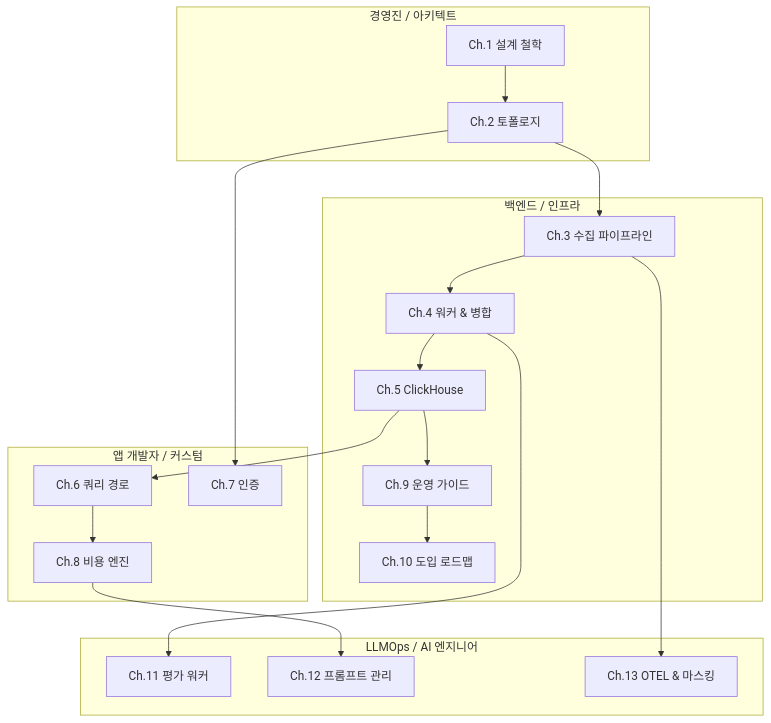
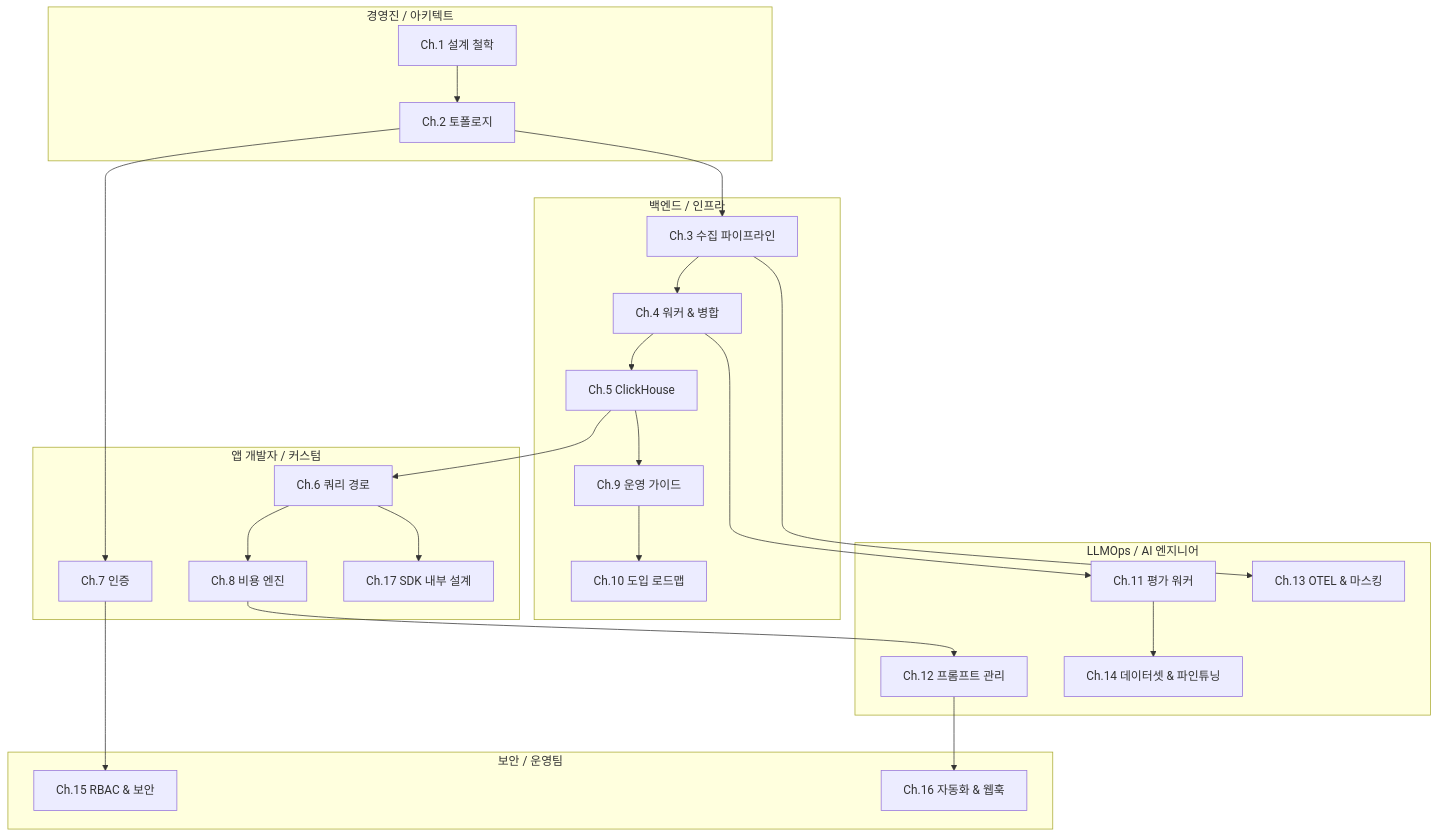
Before and after one commit to dhs-shine/langfuse: the diagram in docs/WHITEPAPER.md, drawn with Mermaid. The commit also changed other lines of this file and 5 other files, not shown here.

Commit message:
docs: add whitepaper chapters on datasets, security, automations, and SDK architecture with updates to ingestion and master index

````diff
--- a/docs/WHITEPAPER.md
+++ b/docs/WHITEPAPER.md
@@ -44,37 +52,48 @@
 ```mermaid
 flowchart TD
     subgraph Executive["경영진 / 아키텍트"]
         E1["Ch.1 설계 철학"]
         E2["Ch.2 토폴로지"]
     end
 
     subgraph Backend["백엔드 / 인프라"]
         B1["Ch.3 수집 파이프라인"]
         B2["Ch.4 워커 & 병합"]
         B3["Ch.5 ClickHouse"]
         O1["Ch.9 운영 가이드"]
         O2["Ch.10 도입 로드맵"]
     end
 
     subgraph LLMOps["LLMOps / AI 엔지니어"]
         L1["Ch.11 평가 워커"]
         L2["Ch.12 프롬프트 관리"]
         L3["Ch.13 OTEL & 마스킹"]
+        V3_1["Ch.14 데이터셋 & 파인튜닝"]
     end
 
     subgraph AppDev["앱 개발자 / 커스텀"]
         F1["Ch.6 쿼리 경로"]
         F2["Ch.7 인증"]
         F3["Ch.8 비용 엔진"]
+        V3_4["Ch.17 SDK 내부 설계"]
+    end
+
+    subgraph Security["보안 / 운영팀"]
+        S1["Ch.15 RBAC & 보안"]
+        S2["Ch.16 자동화 & 웹훅"]
     end
 
     E1 --> E2
     E2 --> B1
     E2 --> F2
     B1 --> B2 --> B3 --> F1
     B3 --> O1 --> O2
     F1 --> F3
     B2 --> L1
     F3 --> L2
     B1 --> L3
+    L1 --> V3_1
+    F2 --> S1
+    L2 --> S2
+    F1 --> V3_4
 ```
````
